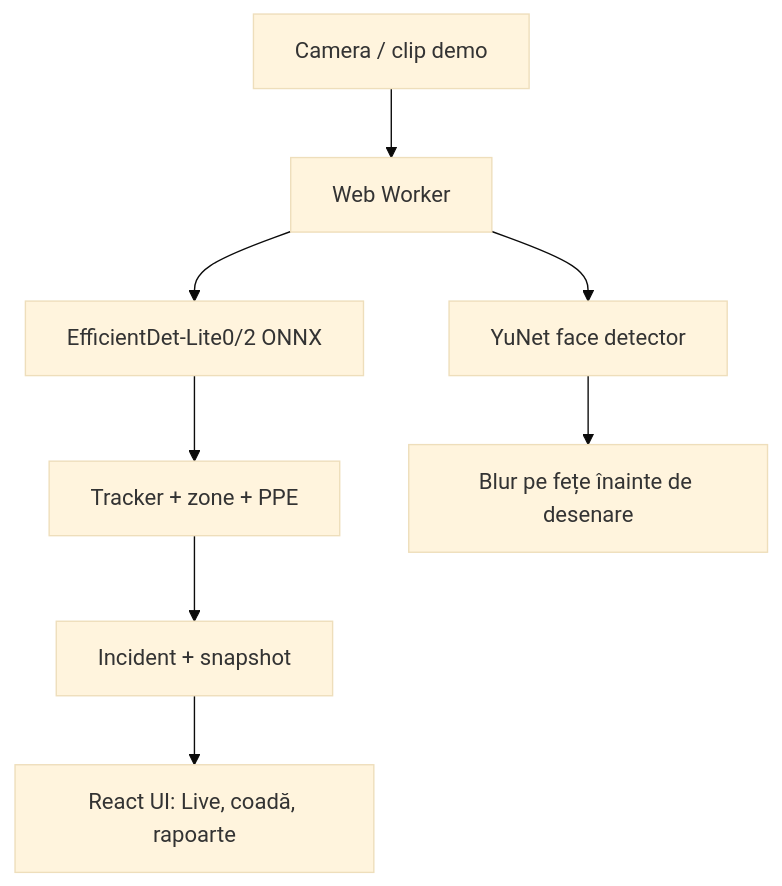
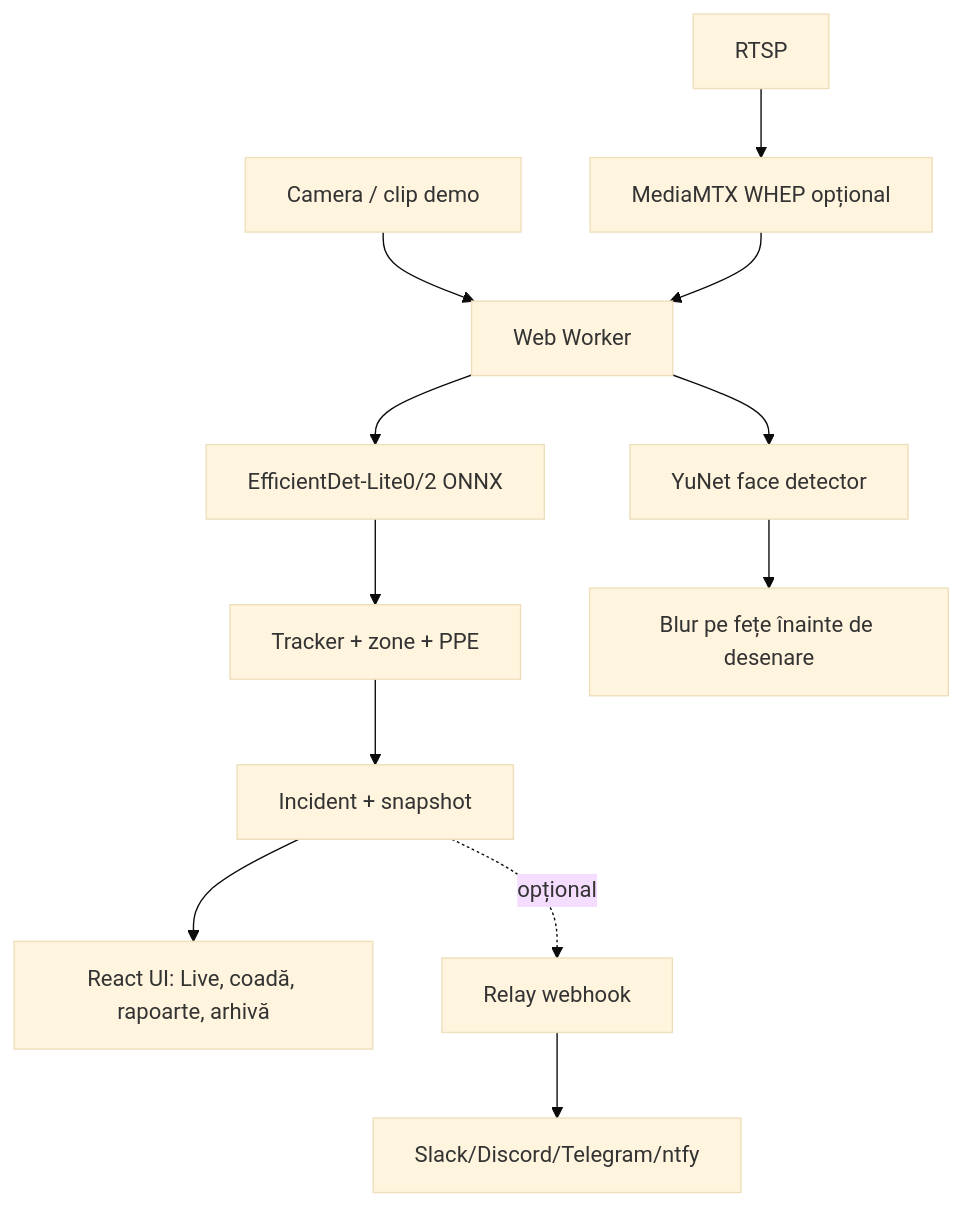
Before and after one commit to andreisugu/LocalSight: the diagram in README.md, drawn with Mermaid (base theme). The commit also changed other lines of this file and 7 other files, not shown here.

````diff
--- a/README.md
+++ b/README.md
@@ -117,10 +136,12 @@
 ```mermaid
 flowchart TD
   A[Camera / clip demo] --> B[Web Worker]
+  A2[RTSP] --> G2[MediaMTX WHEP opțional] --> B
   B --> C[EfficientDet-Lite0/2 ONNX]
   B --> D[YuNet face detector]
   C --> E[Tracker + zone + PPE]
   D --> F[Blur pe fețe înainte de desenare]
   E --> G[Incident + snapshot]
-  G --> H[React UI: Live, coadă, rapoarte]
+  G --> H[React UI: Live, coadă, rapoarte, arhivă]
+  G -. opțional .-> W[Relay webhook] --> N[Slack/Discord/Telegram/ntfy]
 ```
````
